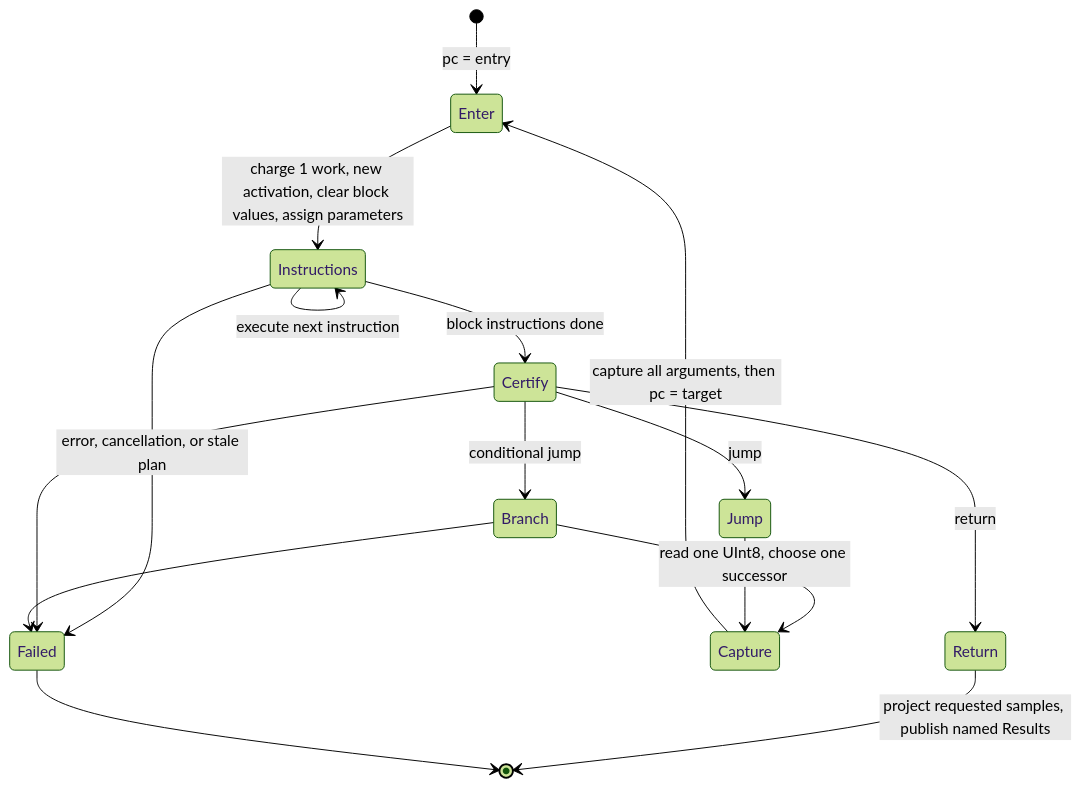
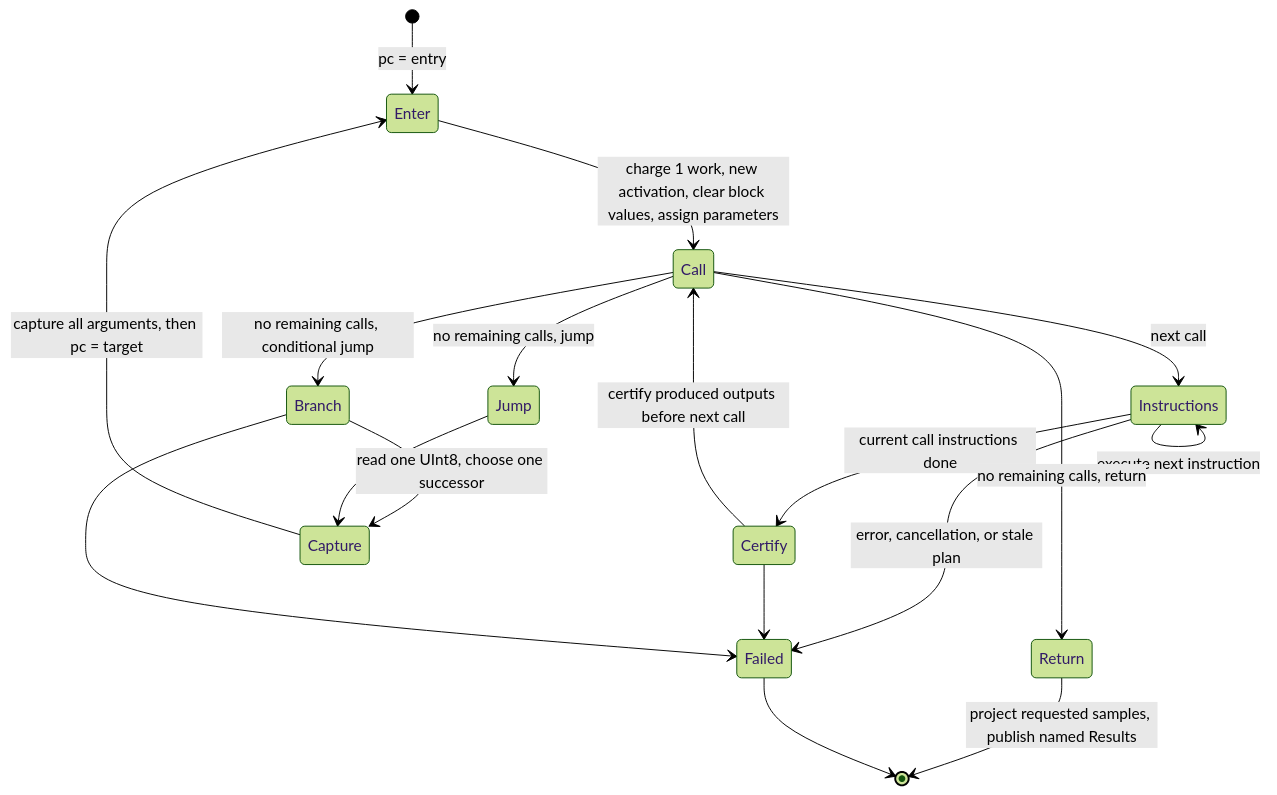
Before and after one commit to kevin-zf1123/photospider: the third of 3 diagrams in docs/kernel-architecture/Compiler-and-Execution.md, drawn with Mermaid (forest theme). The commit also changed other lines of this file and 21 other files, not shown here.

````diff
--- a/docs/kernel-architecture/Compiler-and-Execution.md
+++ b/docs/kernel-architecture/Compiler-and-Execution.md
@@ -152,18 +184,20 @@
 ```mermaid
 stateDiagram-v2
     [*] --> Enter: pc = entry
-    Enter --> Instructions: charge 1 work, new activation, clear block values, assign parameters
+    Enter --> Call: charge 1 work, new activation, clear block values, assign parameters
+    Call --> Instructions: next call
     Instructions --> Instructions: execute next instruction
-    Instructions --> Certify: block instructions done
-    Certify --> Branch: conditional jump
-    Certify --> Jump: jump
-    Certify --> Return: return
+    Instructions --> Certify: current call instructions done
+    Certify --> Call: certify produced outputs before next call
+    Call --> Branch: no remaining calls, conditional jump
+    Call --> Jump: no remaining calls, jump
+    Call --> Return: no remaining calls, return
     Branch --> Capture: read one UInt8, choose one successor
     Jump --> Capture
     Capture --> Enter: capture all arguments, then pc = target
     Return --> [*]: project requested samples, publish named Results
     Instructions --> Failed: error, cancellation, or stale plan
     Certify --> Failed
     Branch --> Failed
     Failed --> [*]
 ```
````
